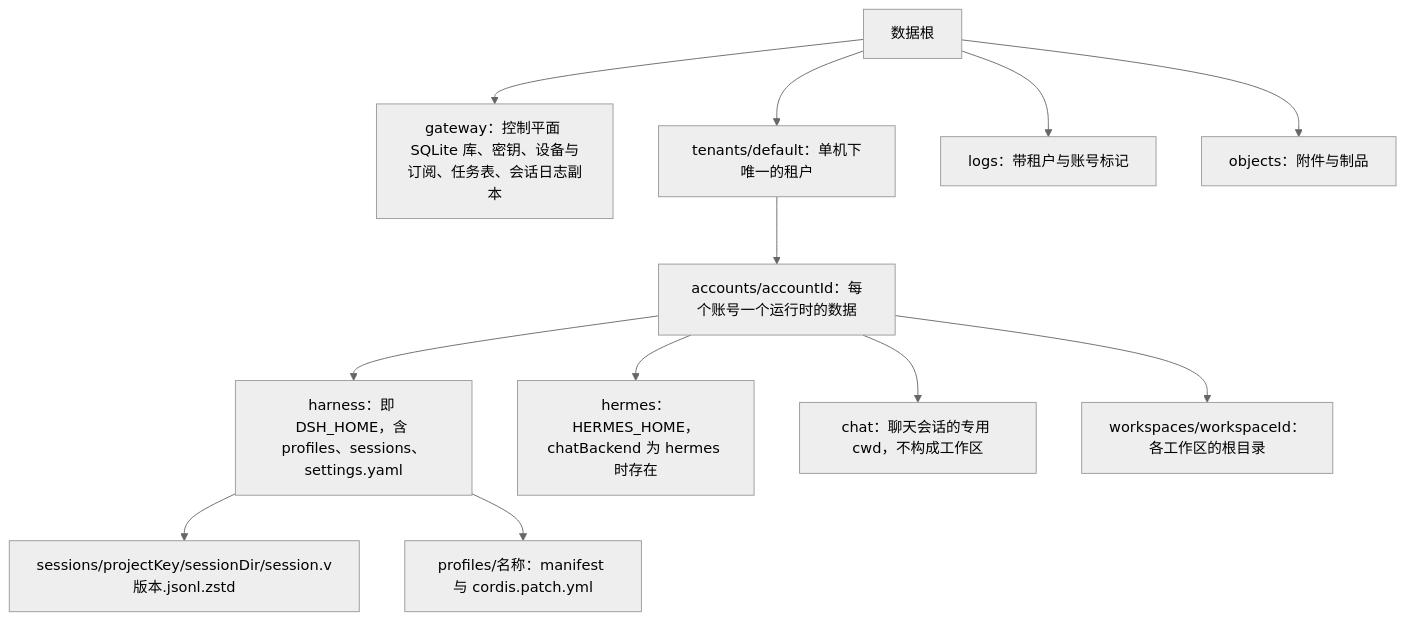
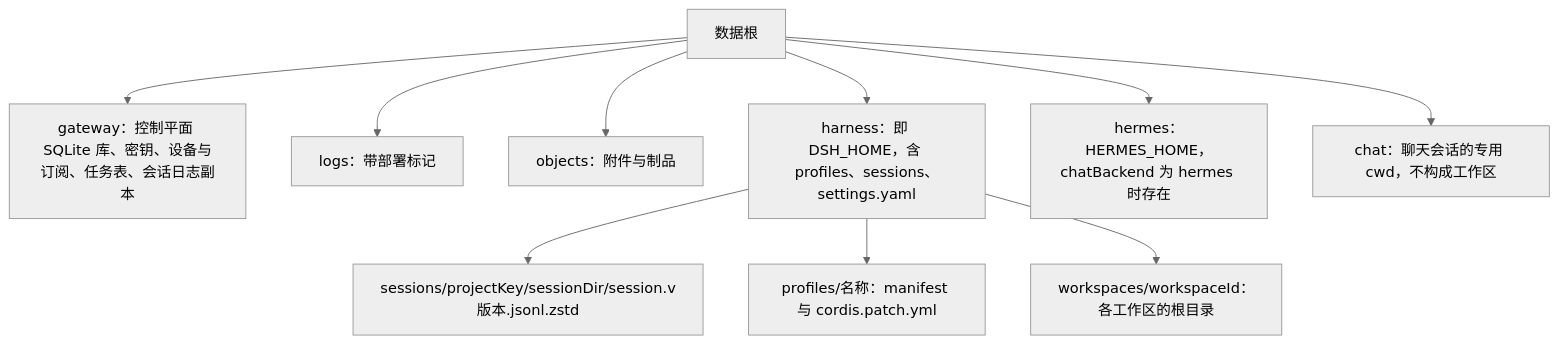
Before and after one commit to wenzetan/chatdsh: the tenth of 17 diagrams in runtime/docs/architecture-diagram.md, drawn with Mermaid (neutral theme). The commit also changed other lines of this file and 144 other files, not shown here.

````diff
--- a/runtime/docs/architecture-diagram.md
+++ b/runtime/docs/architecture-diagram.md
@@ -327,14 +319,12 @@
 ```mermaid
 flowchart TB
   R["数据根"] --> G["gateway：控制平面 SQLite 库、密钥、设备与订阅、任务表、会话日志副本"]
-  R --> T["tenants/default：单机下唯一的租户"]
-  R --> L["logs：带租户与账号标记"]
+  R --> L["logs：带部署标记"]
   R --> O["objects：附件与制品"]
-  T --> A["accounts/accountId：每个账号一个运行时的数据"]
-  A --> H["harness：即 DSH_HOME，含 profiles、sessions、settings.yaml"]
-  A --> M["hermes：HERMES_HOME，chatBackend 为 hermes 时存在"]
-  A --> C["chat：聊天会话的专用 cwd，不构成工作区"]
-  A --> W["workspaces/workspaceId：各工作区的根目录"]
+  R --> H["harness：即 DSH_HOME，含 profiles、sessions、settings.yaml"]
+  R --> M["hermes：HERMES_HOME，chatBackend 为 hermes 时存在"]
+  R --> C["chat：聊天会话的专用 cwd，不构成工作区"]
   H --> S["sessions/projectKey/sessionDir/session.v版本.jsonl.zstd"]
   H --> PR["profiles/名称：manifest 与 cordis.patch.yml"]
+  H --> W["workspaces/workspaceId：各工作区的根目录"]
 ```
````
